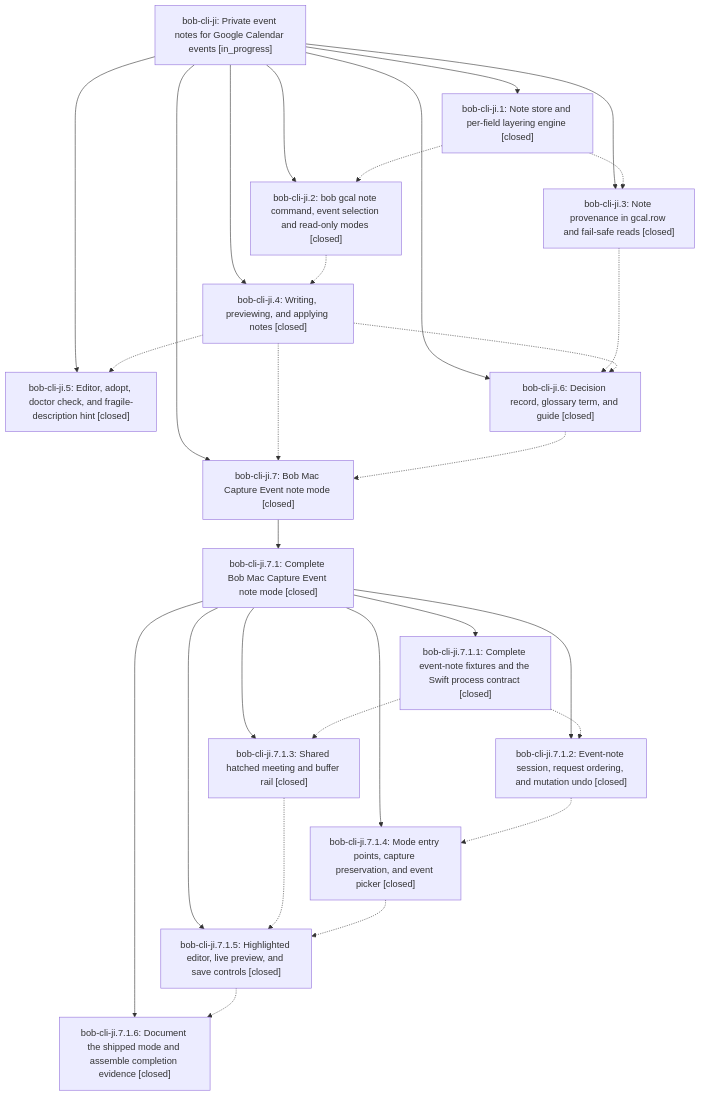
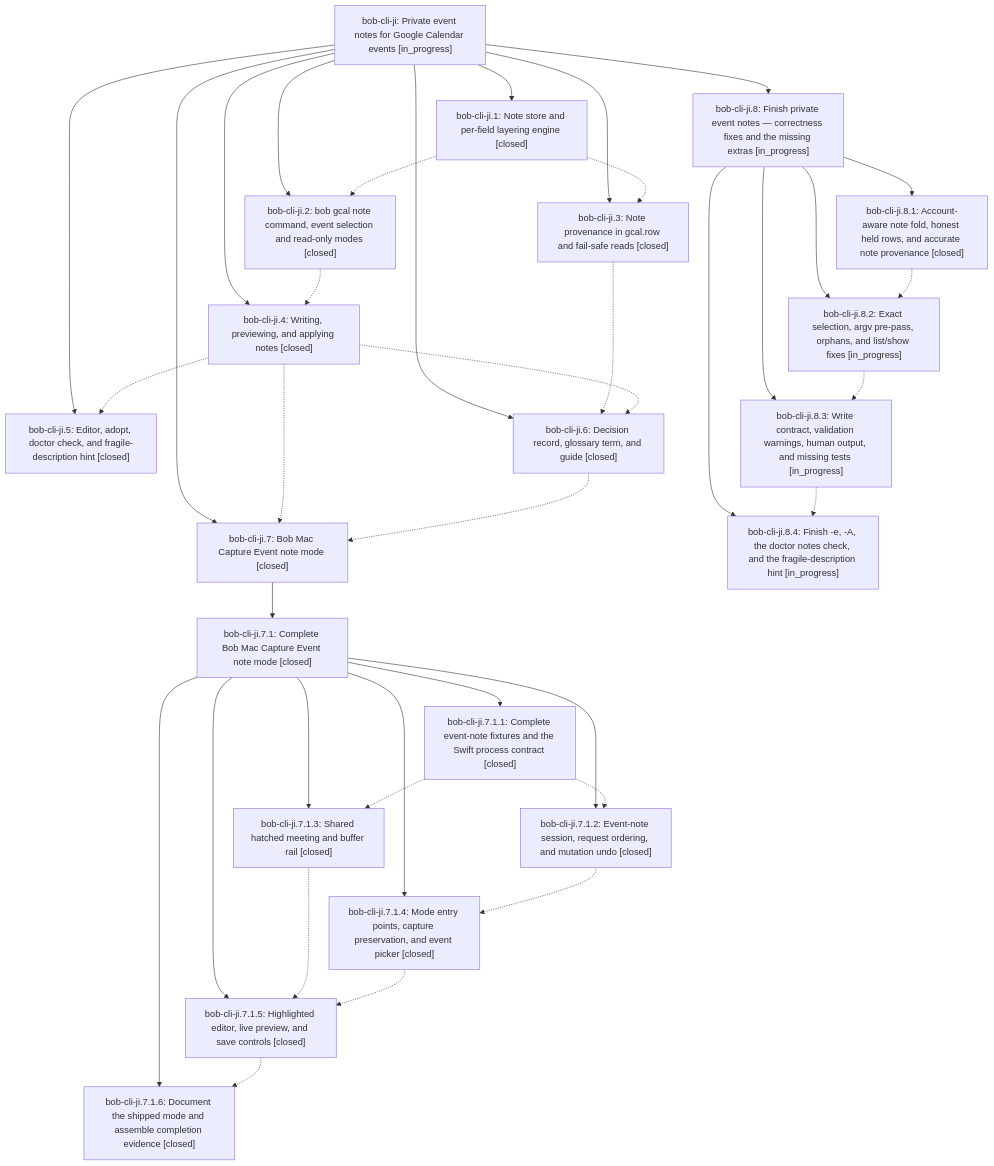
One commit to bobs-org/bob-cli--beads changed the diagram in pages/bob-cli-ji/README.md. Above: the diagram before and after it, drawn with Mermaid. The commit also changed other lines of this file and 13 other files, not shown here.

First line of the commit message:
chore(beads): sync bead state and pages for bob-cli-ji

````diff
--- a/pages/bob-cli-ji/README.md
+++ b/pages/bob-cli-ji/README.md
@@ -50,46 +60,59 @@
 ```mermaid
 flowchart TD
     n0["bob-cli-ji: Private event notes for Google Calendar events [in_progress]"]
     n1["bob-cli-ji.1: Note store and per-field layering engine [closed]"]
     n2["bob-cli-ji.2: bob gcal note command, event selection and read-only modes [closed]"]
     n3["bob-cli-ji.3: Note provenance in gcal.row and fail-safe reads [closed]"]
     n4["bob-cli-ji.4: Writing, previewing, and applying notes [closed]"]
     n5["bob-cli-ji.5: Editor, adopt, doctor check, and fragile-description hint [closed]"]
     n6["bob-cli-ji.6: Decision record, glossary term, and guide [closed]"]
     n7["bob-cli-ji.7: Bob Mac Capture Event note mode [closed]"]
     n8["bob-cli-ji.7.1: Complete Bob Mac Capture Event note mode [closed]"]
     n9["bob-cli-ji.7.1.1: Complete event-note fixtures and the Swift process contract [closed]"]
     n10["bob-cli-ji.7.1.2: Event-note session, request ordering, and mutation undo [closed]"]
     n11["bob-cli-ji.7.1.3: Shared hatched meeting and buffer rail [closed]"]
     n12["bob-cli-ji.7.1.4: Mode entry points, capture preservation, and event picker [closed]"]
     n13["bob-cli-ji.7.1.5: Highlighted editor, live preview, and save controls [closed]"]
     n14["bob-cli-ji.7.1.6: Document the shipped mode and assemble completion evidence [closed]"]
+    n15["bob-cli-ji.8: Finish private event notes — correctness fixes and the missing extras [in_progress]"]
+    n16["bob-cli-ji.8.1: Account-aware note fold, honest held rows, and accurate note provenance [closed]"]
+    n17["bob-cli-ji.8.2: Exact selection, argv pre-pass, orphans, and list/show fixes [in_progress]"]
+    n18["bob-cli-ji.8.3: Write contract, validation warnings, human output, and missing tests [in_progress]"]
+    n19["bob-cli-ji.8.4: Finish -e, -A, the doctor notes check, and the fragile-description hint [in_progress]"]
     n0 --> n1
     n0 --> n2
     n0 --> n3
     n0 --> n4
     n0 --> n5
     n0 --> n6
     n0 --> n7
     n7 --> n8
     n8 --> n9
     n8 --> n10
     n8 --> n11
     n8 --> n12
     n8 --> n13
     n8 --> n14
+    n0 --> n15
+    n15 --> n16
+    n15 --> n17
+    n15 --> n18
+    n15 --> n19
     n1 -.-> n2
     n1 -.-> n3
     n2 -.-> n4
     n3 -.-> n6
     n4 -.-> n5
     n4 -.-> n6
     n4 -.-> n7
     n6 -.-> n7
     n9 -.-> n10
     n9 -.-> n11
     n10 -.-> n12
     n11 -.-> n13
     n12 -.-> n13
     n13 -.-> n14
+    n16 -.-> n17
+    n17 -.-> n18
+    n18 -.-> n19
 ```
````
